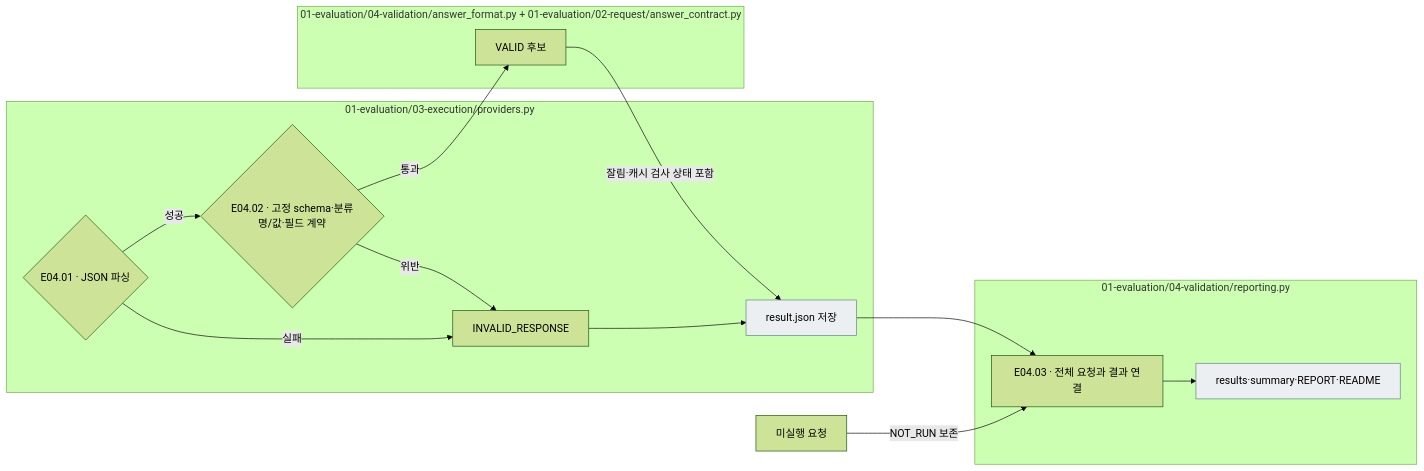
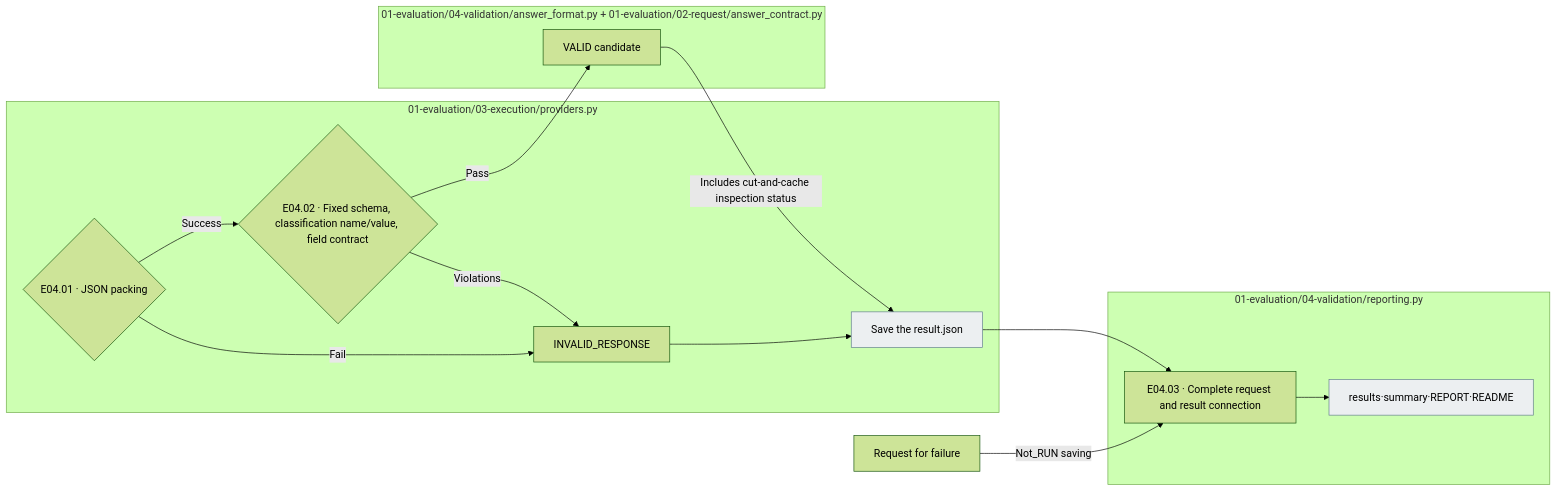
The first of 2 diagrams in src/finarch/documentation/templates/stages/02-experiments/01_evaluation/04_validation/README.md (pnu-clink/finject), drawn with Mermaid (forest theme) before and after one commit. The commit also changed other lines of this file and 644 other files, not shown here.

````diff
--- a/src/finarch/documentation/templates/stages/02-experiments/01_evaluation/04_validation/README.md
+++ b/src/finarch/documentation/templates/stages/02-experiments/01_evaluation/04_validation/README.md
@@ -33,21 +33,21 @@
 ```mermaid
 flowchart LR
  subgraph P["01-evaluation/03-execution/providers.py"]
-  J{"E04.01 · JSON 파싱"} -->|성공| C
-  J -->|실패| F["INVALID_RESPONSE"]
-  R["result.json 저장"]
+  J{"E04.01 · JSON packing"} -->|Success| C
+  J -->|Fail| F["INVALID_RESPONSE"]
+  R["Save the result.json"]
  end
  subgraph A["01-evaluation/04-validation/answer_format.py + 01-evaluation/02-request/answer_contract.py"]
-  C{"E04.02 · 고정 schema·분류명/값·필드 계약"} -->|통과| V["VALID 후보"]
-  C -->|위반| F
+  C{"E04.02 · Fixed schema, classification name/value, field contract"} -->|Pass| V["VALID candidate"]
+  C -->|Violations| F
  end
- V -->|잘림·캐시 검사 상태 포함| R
+ V -->|Includes cut-and-cache inspection status| R
  F --> R
  subgraph B["01-evaluation/04-validation/reporting.py"]
-  M["E04.03 · 전체 요청과 결과 연결"] --> O["results·summary·REPORT·README"]
+  M["E04.03 · Complete request and result connection"] --> O["results·summary·REPORT·README"]
  end
  R --> M
- N["미실행 요청"] -->|NOT_RUN 보존| M
+ N["Request for failure"] -->|Not_RUN saving| M
  classDef file fill:#eceff1,stroke:#607d8b;
  class R,O file;
 ```
````
